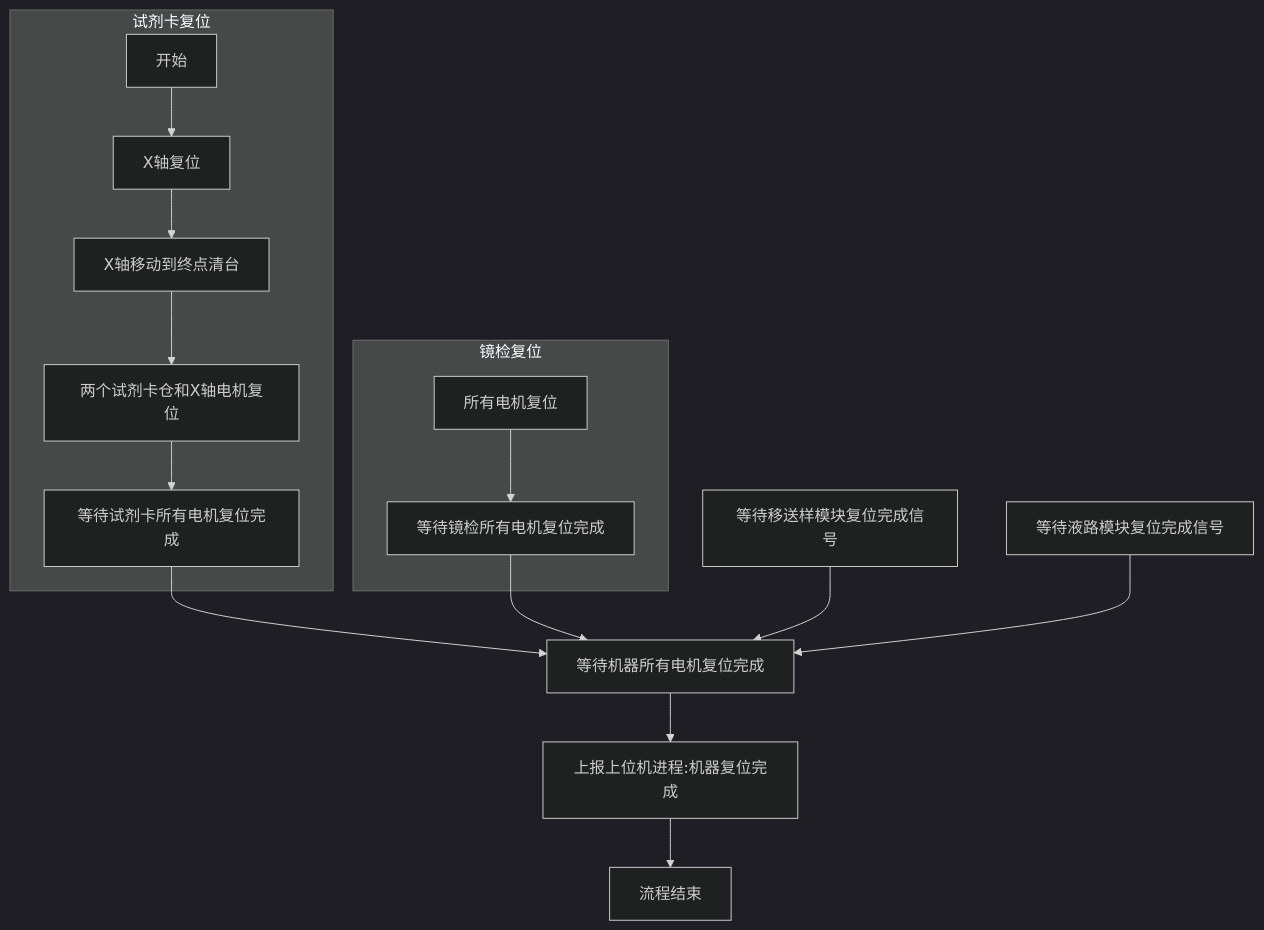
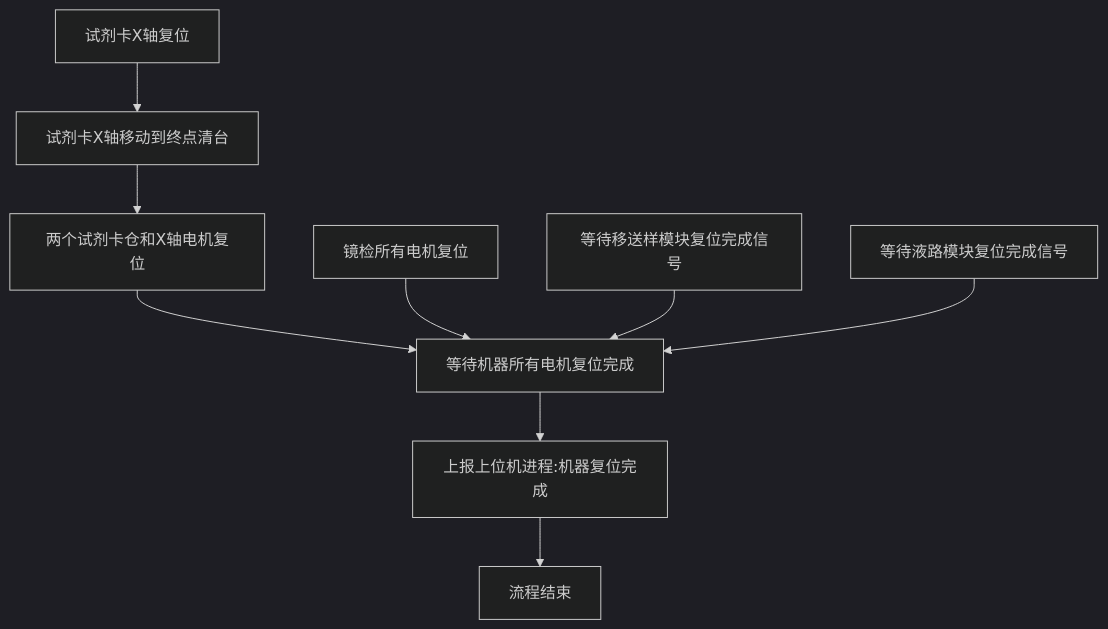
The second of 4 diagrams in 试剂卡和镜检模块.md (darwinstudio/test), drawn with Mermaid (dark theme) before and after one commit. The commit also changed other lines of this file, not shown here.

```diff
--- a/试剂卡和镜检模块.md
+++ b/试剂卡和镜检模块.md
@@ -130,14 +130,12 @@
 ~~~mermaid
 graph TD
-subgraph 试剂卡复位
-开始-->X轴复位-->X轴移动到终点清台-->两个试剂卡仓和X轴电机复位-->等待试剂卡所有电机复位完成;
-end
-等待试剂卡所有电机复位完成-->waitall[等待机器所有电机复位完成];
-subgraph 镜检复位
-所有电机复位-->等待镜检所有电机复位完成;
-end
-等待镜检所有电机复位完成-->waitall;
+
+试剂卡X轴复位-->试剂卡X轴移动到终点清台-->两个试剂卡仓和X轴电机复位;
+
+两个试剂卡仓和X轴电机复位-->waitall[等待机器所有电机复位完成];
+
+镜检所有电机复位-->waitall;
 等待移送样模块复位完成信号-->waitall;
 等待液路模块复位完成信号-->waitall;
 waitall-->上报上位机进程:机器复位完成-->流程结束;
 ~~~
```
